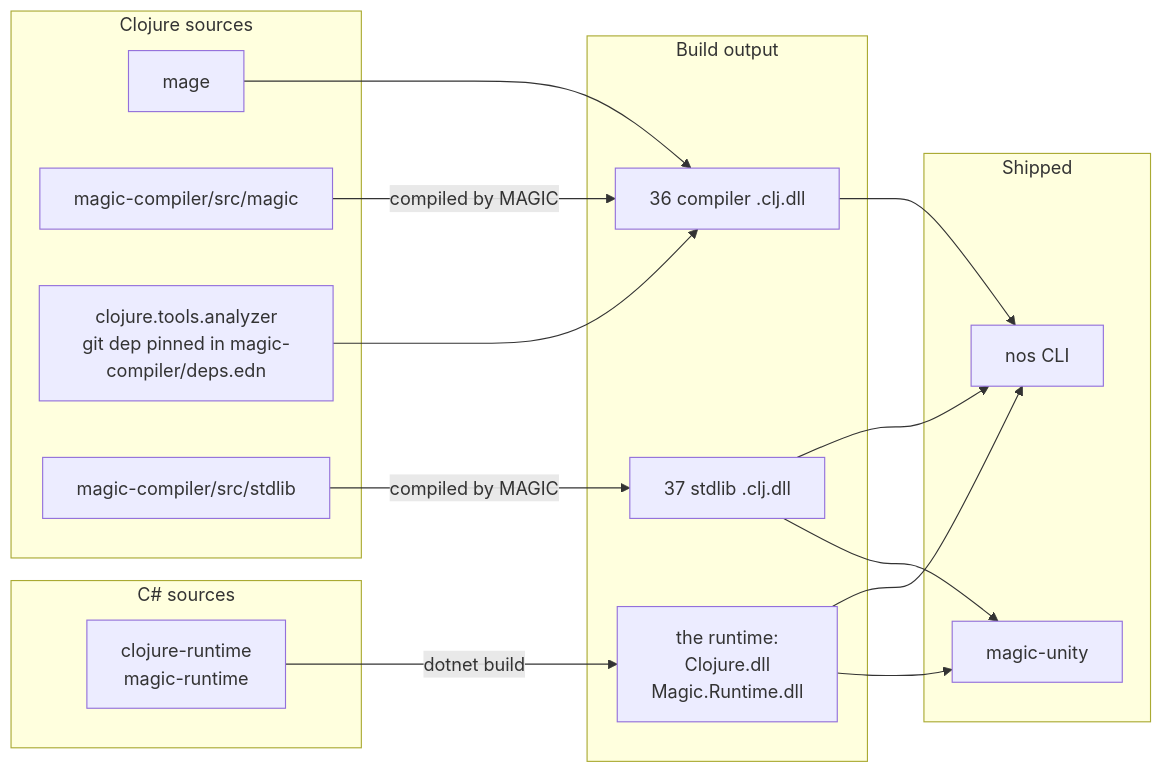
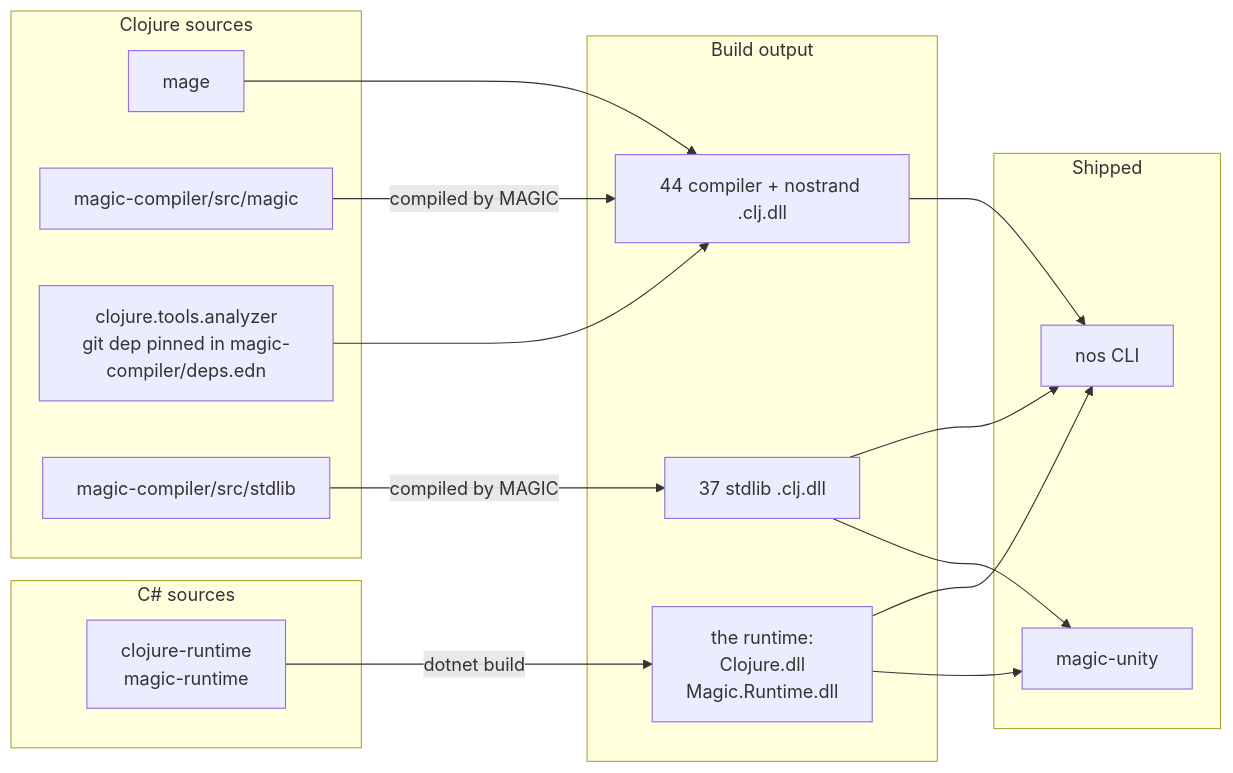
Before and after one commit to flybot-sg/magic: the first of 5 diagrams in docs/architecture.md, drawn with Mermaid. The commit also changed other lines of this file and 29 other files, not shown here.

````diff
--- a/docs/architecture.md
+++ b/docs/architecture.md
@@ -21,36 +21,36 @@
 ```mermaid
 flowchart LR
     subgraph cssrc["C# sources"]
         cs["clojure-runtime<br/>magic-runtime"]
     end
 
     subgraph cljsrc["Clojure sources"]
         mage["mage"]
         cljc["magic-compiler/src/magic"]
         ta["clojure.tools.analyzer<br/>git dep pinned in magic-compiler/deps.edn"]
         cljs["magic-compiler/src/stdlib"]
     end
 
     subgraph out["Build output"]
         rt["the runtime:<br/>Clojure.dll<br/>Magic.Runtime.dll"]
-        cdll["36 compiler .clj.dll"]
+        cdll["44 compiler + nostrand .clj.dll"]
         sdll["37 stdlib .clj.dll"]
     end
 
     subgraph ship["Shipped"]
         nos["nos CLI"]
         upm["magic-unity"]
     end
 
     cs -->|"dotnet build"| rt
     mage --> cdll
     cljc -->|"compiled by MAGIC"| cdll
     ta --> cdll
     cljs -->|"compiled by MAGIC"| sdll
 
     rt --> nos
     cdll --> nos
     sdll --> nos
     rt --> upm
     sdll --> upm
 ```
````
